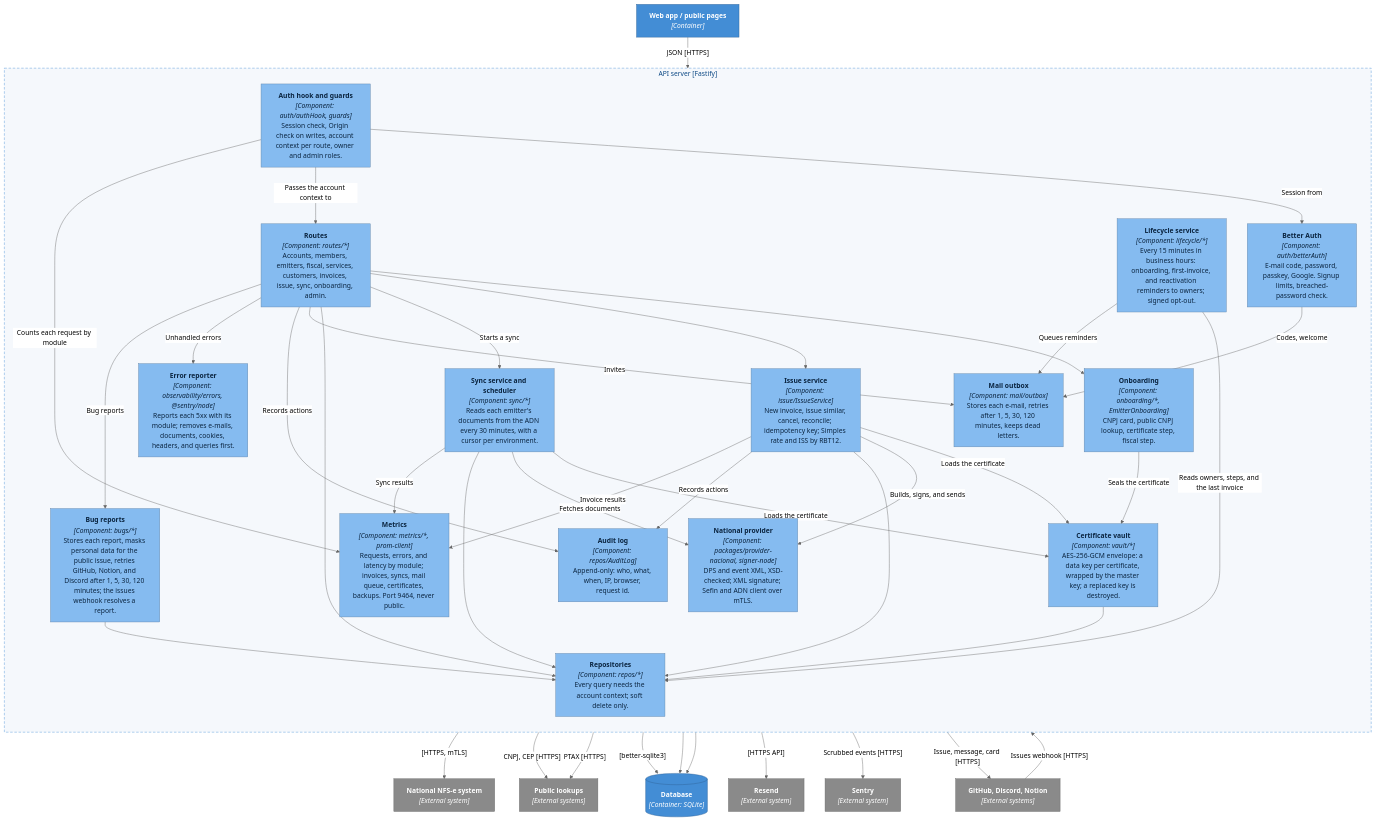
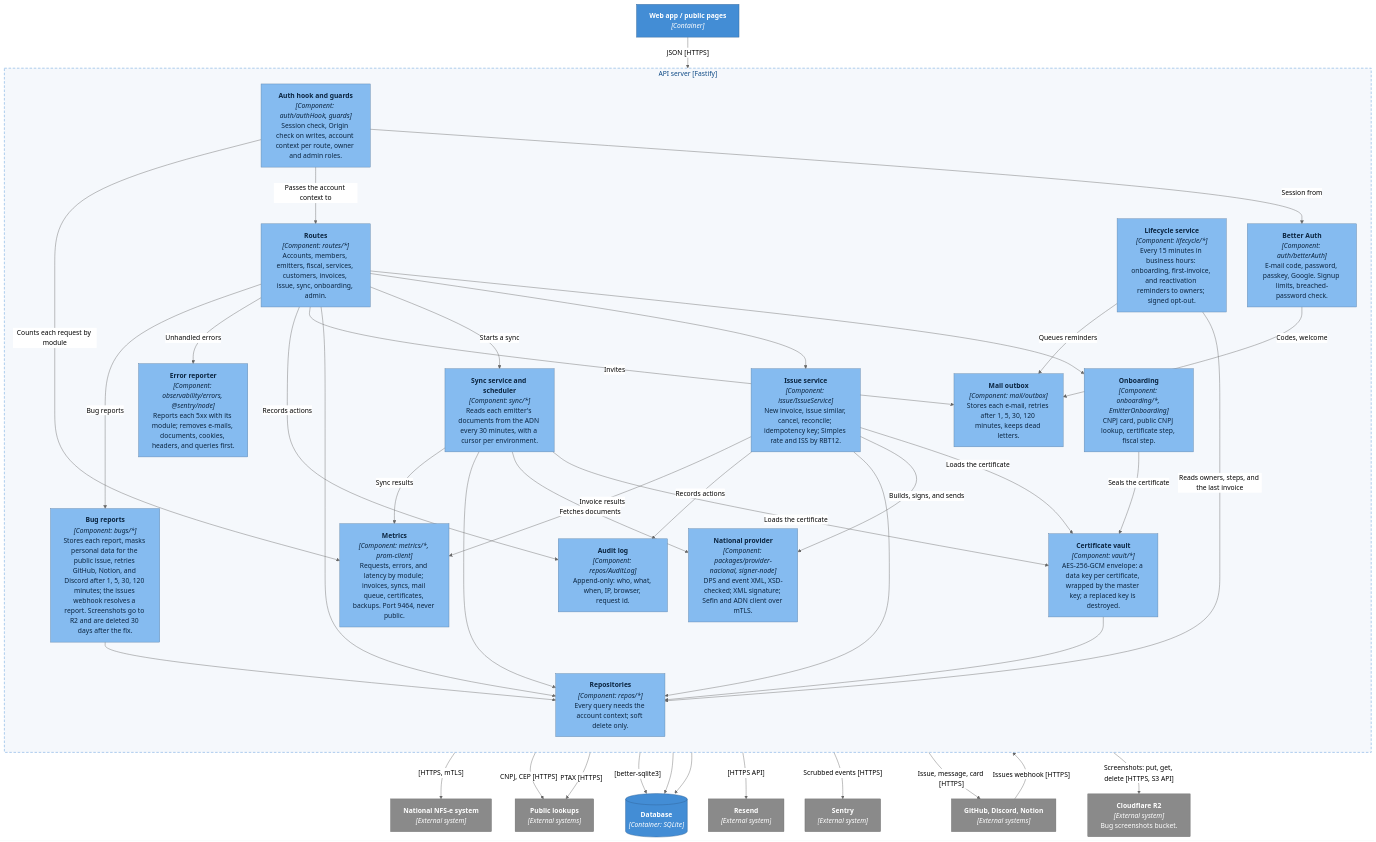
Before and after one commit to Vapulab/notaflow: the diagram in docs/ENGINEERING/ARCHITECTURE/diagrams/c4-3-server-components.mmd, drawn with Mermaid (neutral theme). The commit also changed 10 other files, not shown here.

Commit message:
docs: screenshots in the bug reports RFC, R2 setup, and Cloudflare R2 in the C4 diagrams

```diff
--- a/docs/ENGINEERING/ARCHITECTURE/diagrams/c4-3-server-components.mmd
+++ b/docs/ENGINEERING/ARCHITECTURE/diagrams/c4-3-server-components.mmd
@@ -1,76 +1,78 @@
 %% C4 level 3: components of the API server (apps/server). Render with diagrams/render.html (see README.md).
 flowchart TB
   web["<b>Web app / public pages</b><br/><i>[Container]</i>"]
 
   subgraph boundary["API server [Fastify]"]
     direction TB
     authhook["<b>Auth hook and guards</b><br/><i>[Component: auth/authHook, guards]</i><br/>Session check, Origin check on writes, account context per route, owner and admin roles."]
     betterauth["<b>Better Auth</b><br/><i>[Component: auth/betterAuth]</i><br/>E-mail code, password, passkey, Google. Signup limits, breached-password check."]
     routes["<b>Routes</b><br/><i>[Component: routes/*]</i><br/>Accounts, members, emitters, fiscal, services, customers, invoices, issue, sync, onboarding, admin."]
     onboarding["<b>Onboarding</b><br/><i>[Component: onboarding/*, EmitterOnboarding]</i><br/>CNPJ card, public CNPJ lookup, certificate step, fiscal step."]
     issue["<b>Issue service</b><br/><i>[Component: issue/IssueService]</i><br/>New invoice, issue similar, cancel, reconcile; idempotency key; Simples rate and ISS by RBT12."]
     sync["<b>Sync service and scheduler</b><br/><i>[Component: sync/*]</i><br/>Reads each emitter's documents from the ADN every 30 minutes, with a cursor per environment."]
     vault["<b>Certificate vault</b><br/><i>[Component: vault/*]</i><br/>AES-256-GCM envelope: a data key per certificate, wrapped by the master key; a replaced key is destroyed."]
     provider["<b>National provider</b><br/><i>[Component: packages/provider-nacional, signer-node]</i><br/>DPS and event XML, XSD-checked; XML signature; Sefin and ADN client over mTLS."]
     repos["<b>Repositories</b><br/><i>[Component: repos/*]</i><br/>Every query needs the account context; soft delete only."]
     outbox["<b>Mail outbox</b><br/><i>[Component: mail/outbox]</i><br/>Stores each e-mail, retries after 1, 5, 30, 120 minutes, keeps dead letters."]
     metrics["<b>Metrics</b><br/><i>[Component: metrics/*, prom-client]</i><br/>Requests, errors, and latency by module; invoices, syncs, mail queue, certificates, backups. Port 9464, never public."]
     lifecycle["<b>Lifecycle service</b><br/><i>[Component: lifecycle/*]</i><br/>Every 15 minutes in business hours: onboarding, first-invoice, and reactivation reminders to owners; signed opt-out."]
     errors["<b>Error reporter</b><br/><i>[Component: observability/errors, @sentry/node]</i><br/>Reports each 5xx with its module; removes e-mails, documents, cookies, headers, and queries first."]
-    bugs["<b>Bug reports</b><br/><i>[Component: bugs/*]</i><br/>Stores each report, masks personal data for the public issue, retries GitHub, Notion, and Discord after 1, 5, 30, 120 minutes; the issues webhook resolves a report."]
+    bugs["<b>Bug reports</b><br/><i>[Component: bugs/*]</i><br/>Stores each report, masks personal data for the public issue, retries GitHub, Notion, and Discord after 1, 5, 30, 120 minutes; the issues webhook resolves a report. Screenshots go to R2 and are deleted 30 days after the fix."]
     audit["<b>Audit log</b><br/><i>[Component: repos/AuditLog]</i><br/>Append-only: who, what, when, IP, browser, request id."]
   end
 
   db[("<b>Database</b><br/><i>[Container: SQLite]</i>")]
   nacional["<b>National NFS-e system</b><br/><i>[External system]</i>"]
   resend["<b>Resend</b><br/><i>[External system]</i>"]
   lookups["<b>Public lookups</b><br/><i>[External systems]</i>"]
   sentry["<b>Sentry</b><br/><i>[External system]</i>"]
   bugtools["<b>GitHub, Discord, Notion</b><br/><i>[External systems]</i>"]
+  r2["<b>Cloudflare R2</b><br/><i>[External system]</i><br/>Bug screenshots bucket."]
 
   web -- "JSON [HTTPS]" --> authhook
   authhook -- "Session from" --> betterauth
   authhook -- "Passes the account context to" --> routes
   routes --> onboarding
   routes --> issue
   routes -- "Starts a sync" --> sync
   onboarding -- "Seals the certificate" --> vault
   issue -- "Loads the certificate" --> vault
   sync -- "Loads the certificate" --> vault
   issue -- "Builds, signs, and sends" --> provider
   sync -- "Fetches documents" --> provider
   provider -- "[HTTPS, mTLS]" --> nacional
   onboarding -- "CNPJ, CEP [HTTPS]" --> lookups
   issue -- "PTAX [HTTPS]" --> lookups
   routes --> repos
   issue --> repos
   sync --> repos
   vault --> repos
   repos -- "[better-sqlite3]" --> db
   betterauth -- "Codes, welcome" --> outbox
   routes -- "Invites" --> outbox
   outbox -- "[HTTPS API]" --> resend
   outbox --> db
   routes -- "Records actions" --> audit
   issue -- "Records actions" --> audit
   audit --> db
   authhook -- "Counts each request by module" --> metrics
   issue -- "Invoice results" --> metrics
   sync -- "Sync results" --> metrics
   lifecycle -- "Reads owners, steps, and the last invoice" --> repos
   lifecycle -- "Queues reminders" --> outbox
   routes -- "Unhandled errors" --> errors
   errors -- "Scrubbed events [HTTPS]" --> sentry
   routes -- "Bug reports" --> bugs
   bugs --> repos
   bugs -- "Issue, message, card [HTTPS]" --> bugtools
   bugtools -- "Issues webhook [HTTPS]" --> bugs
+  bugs -- "Screenshots: put, get, delete [HTTPS, S3 API]" --> r2
 
   classDef person fill:#08427b,stroke:#052e56,color:#fff
   classDef container fill:#438dd5,stroke:#2e6295,color:#fff
   classDef component fill:#85bbf0,stroke:#5d82a8,color:#0b2540
   classDef external fill:#8a8a8a,stroke:#6b6b6b,color:#fff
   class web,db container
   class authhook,betterauth,routes,onboarding,issue,sync,vault,provider,repos,outbox,audit,metrics,errors,lifecycle,bugs component
-  class nacional,resend,lookups,sentry,bugtools external
+  class nacional,resend,lookups,sentry,bugtools,r2 external
   style boundary fill:#f5f8fc,stroke:#438dd5,stroke-dasharray:6 4,color:#0b4884
```
